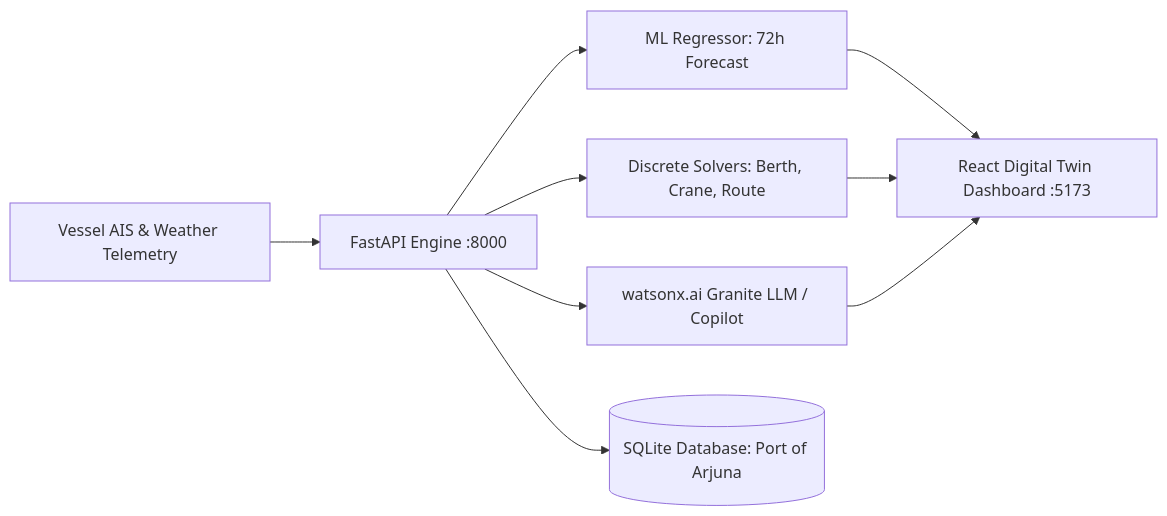
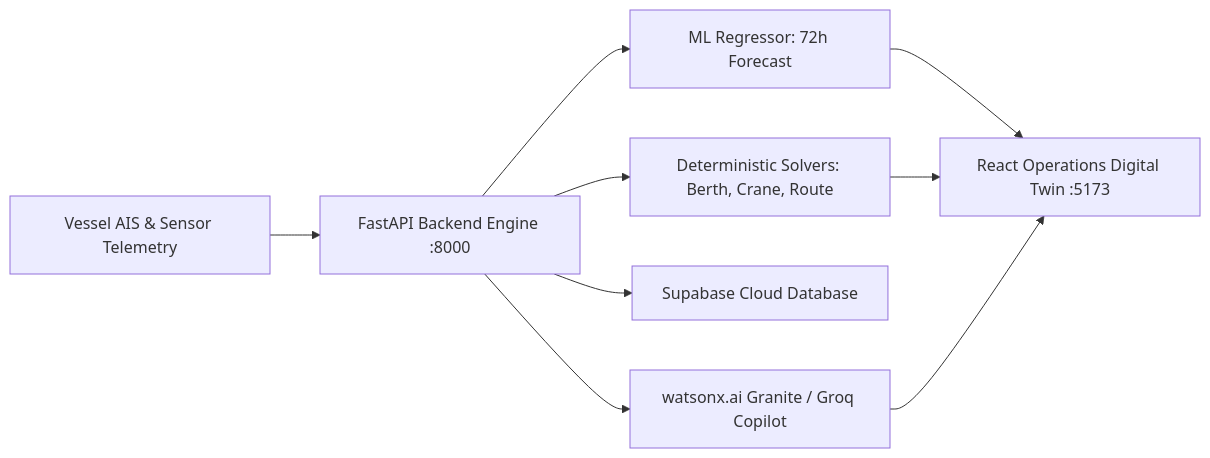
The diagram in docs/solution-overview.md (24CS045Jay/bob-ai-hackathon-Team-Arjuna), drawn with Mermaid before and after one commit. The commit also changed other lines of this file and 27 other files, not shown here.

Commit message:
configure database with supabase and update project documentation

````diff
--- a/docs/solution-overview.md
+++ b/docs/solution-overview.md
@@ -18,11 +9,11 @@
 ```mermaid
 flowchart LR
-    A[Vessel AIS & Weather Telemetry] --> B[FastAPI Engine :8000]
+    A[Vessel AIS & Sensor Telemetry] --> B[FastAPI Backend Engine :8000]
     B --> C[ML Regressor: 72h Forecast]
-    B --> D[Discrete Solvers: Berth, Crane, Route]
-    B --> E[watsonx.ai Granite LLM / Copilot]
-    C --> F[React Digital Twin Dashboard :5173]
-    D --> F
-    E --> F
-    B --> G[(SQLite Database: Port of Arjuna)]
+    B --> D[Deterministic Solvers: Berth, Crane, Route]
+    B --> E[Supabase Cloud Database]
+    B --> F[watsonx.ai Granite / Groq Copilot]
+    C --> G[React Operations Digital Twin :5173]
+    D --> G
+    F --> G
 ```
````
